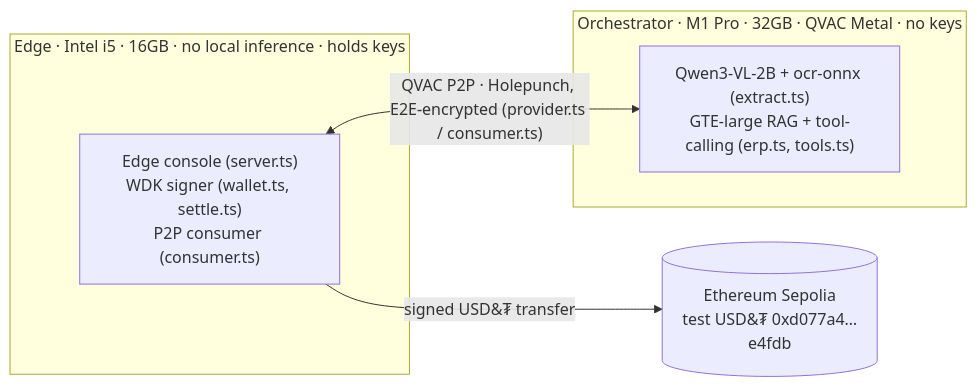
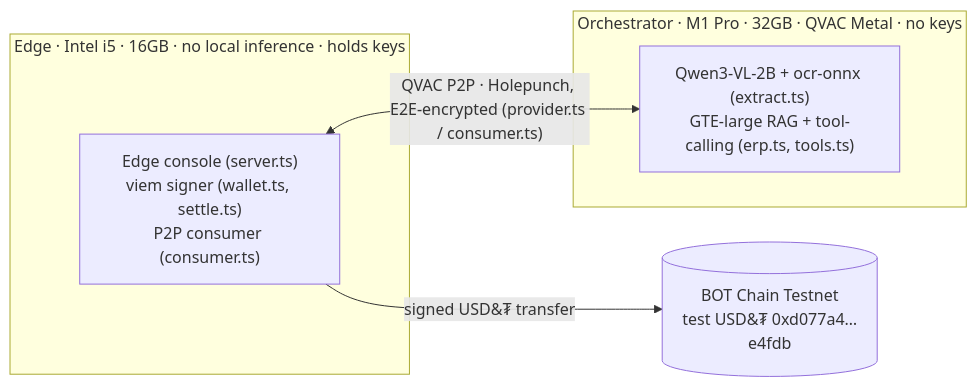
The first of 3 diagrams in ARCHITECTURE.md (Saber1Y/busto), drawn with Mermaid before and after one commit. The commit also changed other lines of this file and 21 other files, not shown here.

````diff
--- a/ARCHITECTURE.md
+++ b/ARCHITECTURE.md
@@ -9,11 +9,11 @@
 ```mermaid
 flowchart LR
   subgraph Edge["Edge &middot; Intel i5 &middot; 16GB &middot; no local inference &middot; holds keys"]
-    UI["Edge console (server.ts)<br/>WDK signer (wallet.ts, settle.ts)<br/>P2P consumer (consumer.ts)"]
+    UI["Edge console (server.ts)<br/>viem signer (wallet.ts, settle.ts)<br/>P2P consumer (consumer.ts)"]
   end
   subgraph Orch["Orchestrator &middot; M1 Pro &middot; 32GB &middot; QVAC Metal &middot; no keys"]
     QV["Qwen3-VL-2B + ocr-onnx (extract.ts)<br/>GTE-large RAG + tool-calling (erp.ts, tools.ts)"]
   end
   UI <-->|"QVAC P2P &middot; Holepunch, E2E-encrypted (provider.ts / consumer.ts)"| QV
-  UI -->|"signed USD&#8366; transfer"| SEP[("Ethereum Sepolia<br/>test USD&#8366; 0xd077a4&hellip;e4fdb")]
+  UI -->|"signed USD&#8366; transfer"| SEP[("BOT Chain Testnet<br/>test USD&#8366; 0xd077a4&hellip;e4fdb")]
 ```
````
